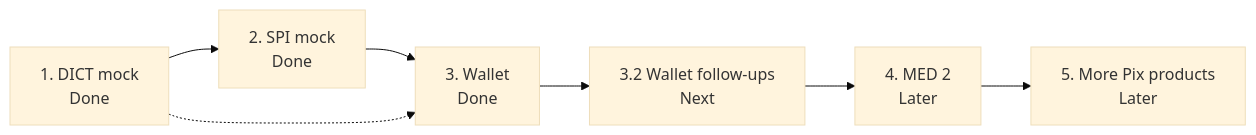
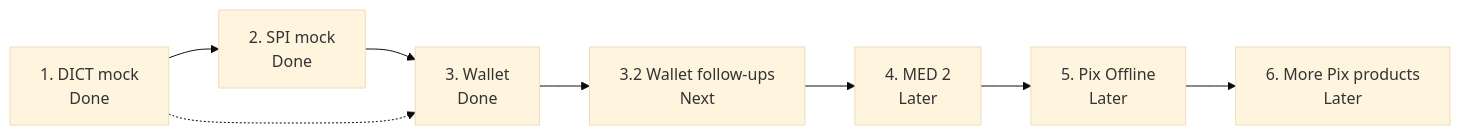
The diagram in docs/roadmap.md (piovani/pix_fake), drawn with Mermaid (base theme) before and after one commit. The commit also changed other lines of this file and 11 other files, not shown here.

````diff
--- a/docs/roadmap.md
+++ b/docs/roadmap.md
@@ -5,9 +5,10 @@
 ```mermaid
 flowchart LR
     P1["1. DICT mock<br/>Done"] --> P2["2. SPI mock<br/>Done"]
     P2 --> P3["3. Wallet<br/>Done"]
     P3 --> P32["3.2 Wallet follow-ups<br/>Next"]
     P32 --> P4["4. MED 2<br/>Later"]
-    P4 --> P5["5. More Pix products<br/>Later"]
+    P4 --> P5["5. Pix Offline<br/>Later"]
+    P5 --> P6["6. More Pix products<br/>Later"]
     P1 -.-> P3
 ```
````
